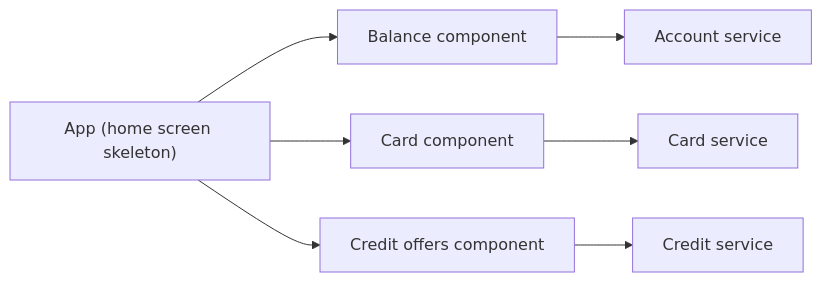
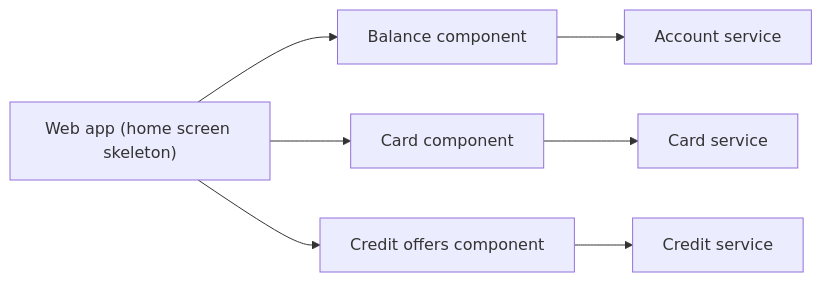
One commit to alancesar/design-patterns changed the diagram in i18n/en/docusaurus-plugin-content-docs/current/architecture/microservices/ui-design/client-side-ui-composition.md. Above: the diagram before and after it, drawn with Mermaid. The commit also changed other lines of this file and 28 other files, not shown here.

Commit message:
Fix diagram review findings in microservices, eip, cloud and agent patterns

````diff
--- a/i18n/en/docusaurus-plugin-content-docs/current/architecture/microservices/ui-design/client-side-ui-composition.md
+++ b/i18n/en/docusaurus-plugin-content-docs/current/architecture/microservices/ui-design/client-side-ui-composition.md
@@ -52,9 +52,9 @@
 ```mermaid
 flowchart LR
-    N["App (home screen skeleton)"] --> C1[Balance component]
+    N["Web app (home screen skeleton)"] --> C1[Balance component]
     N --> C2[Card component]
     N --> C3[Credit offers component]
     C1 --> S1[Account service]
     C2 --> S2[Card service]
     C3 --> S3[Credit service]
 ```
````
